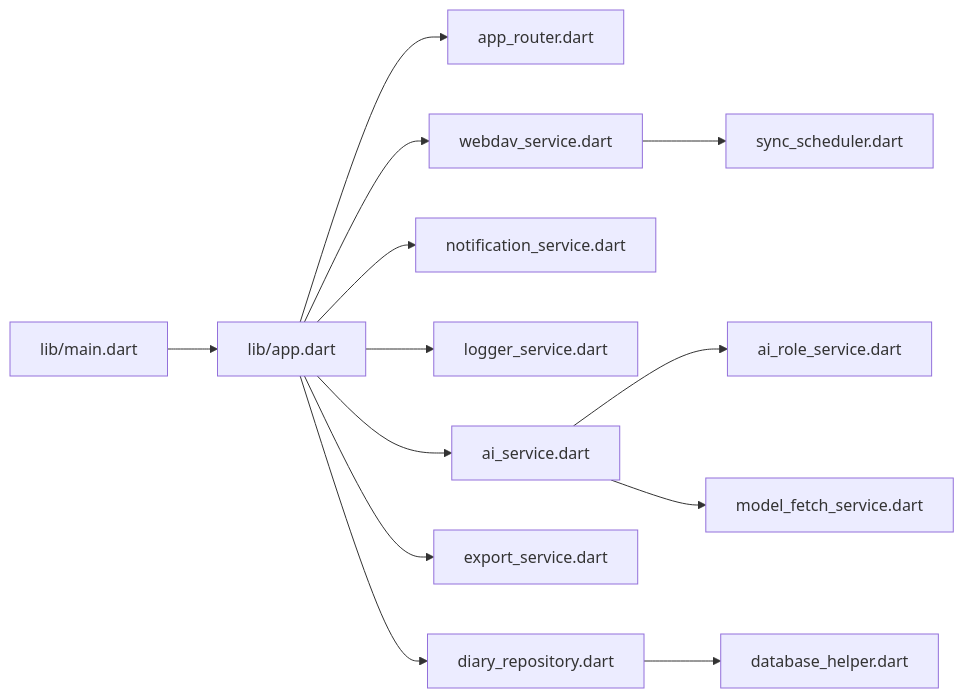
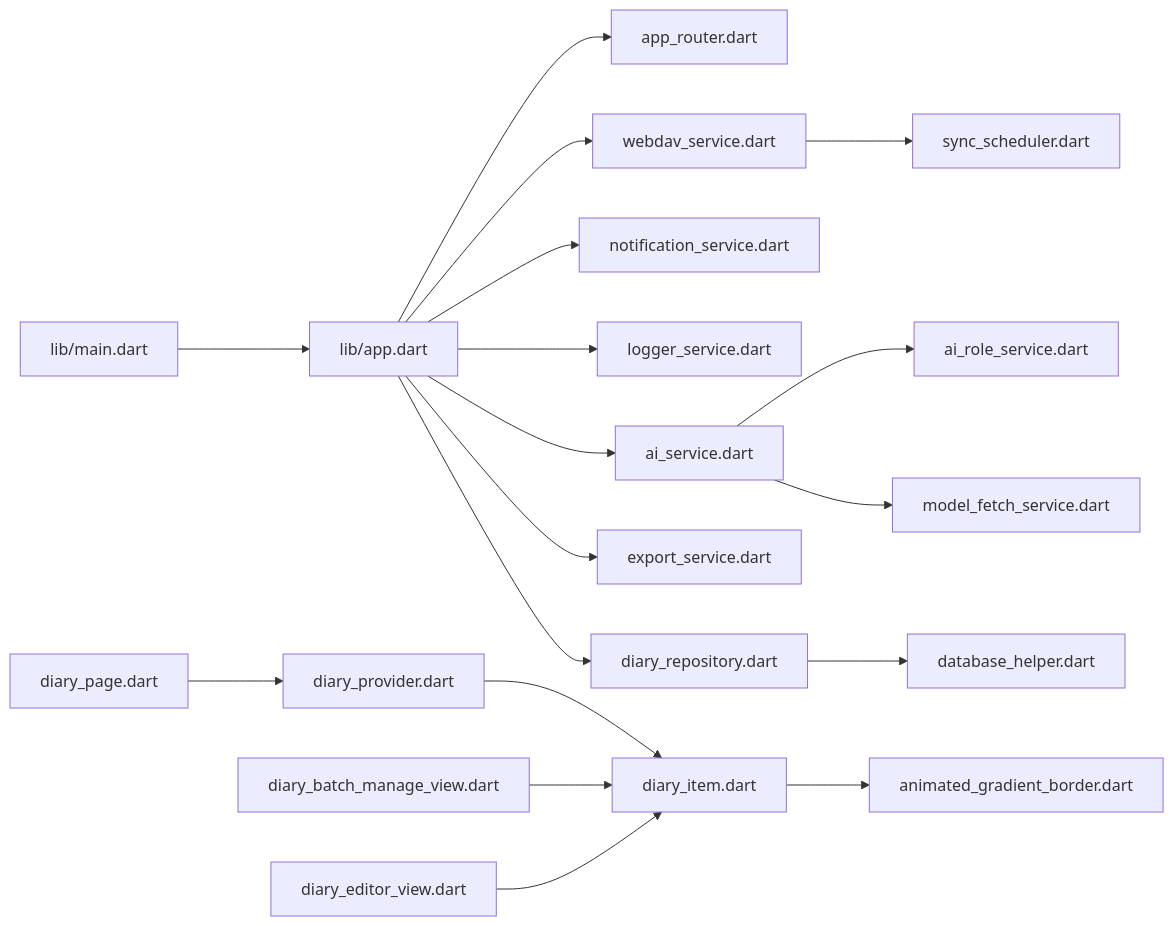
Diagram 14 of 14 in .qoder/repowiki/en/content/Architecture Overview/Component Interactions and Communication.md (favoroo/QNote), drawn with Mermaid before and after one commit. The commit also changed other lines of this file and 114 other files, not shown here.

````diff
--- a/.qoder/repowiki/en/content/Architecture Overview/Component Interactions and Communication.md
+++ b/.qoder/repowiki/en/content/Architecture Overview/Component Interactions and Communication.md
@@ -317,15 +476,20 @@
 ```mermaid
 graph LR
 MAIN["lib/main.dart"] --> APP["lib/app.dart"]
 APP --> ROUTER["app_router.dart"]
 APP --> WEBDAV["webdav_service.dart"]
 APP --> NOTIF["notification_service.dart"]
 APP --> LOG["logger_service.dart"]
 APP --> AI["ai_service.dart"]
 AI --> AIROLE["ai_role_service.dart"]
 AI --> MODEL["model_fetch_service.dart"]
 APP --> EXPORT["export_service.dart"]
 APP --> DIARY_REPO["diary_repository.dart"]
 DIARY_REPO --> DBH["database_helper.dart"]
 WEBDAV --> SYNC["sync_scheduler.dart"]
+DIARY_PAGE["diary_page.dart"] --> DIARY_PROVIDER["diary_provider.dart"]
+DIARY_PROVIDER --> DIARY_ITEM["diary_item.dart"]
+DIARY_ITEM --> ANIM_BORDER["animated_gradient_border.dart"]
+BATCH_VIEW["diary_batch_manage_view.dart"] --> DIARY_ITEM
+EDITOR_VIEW["diary_editor_view.dart"] --> DIARY_ITEM
 ```
````
